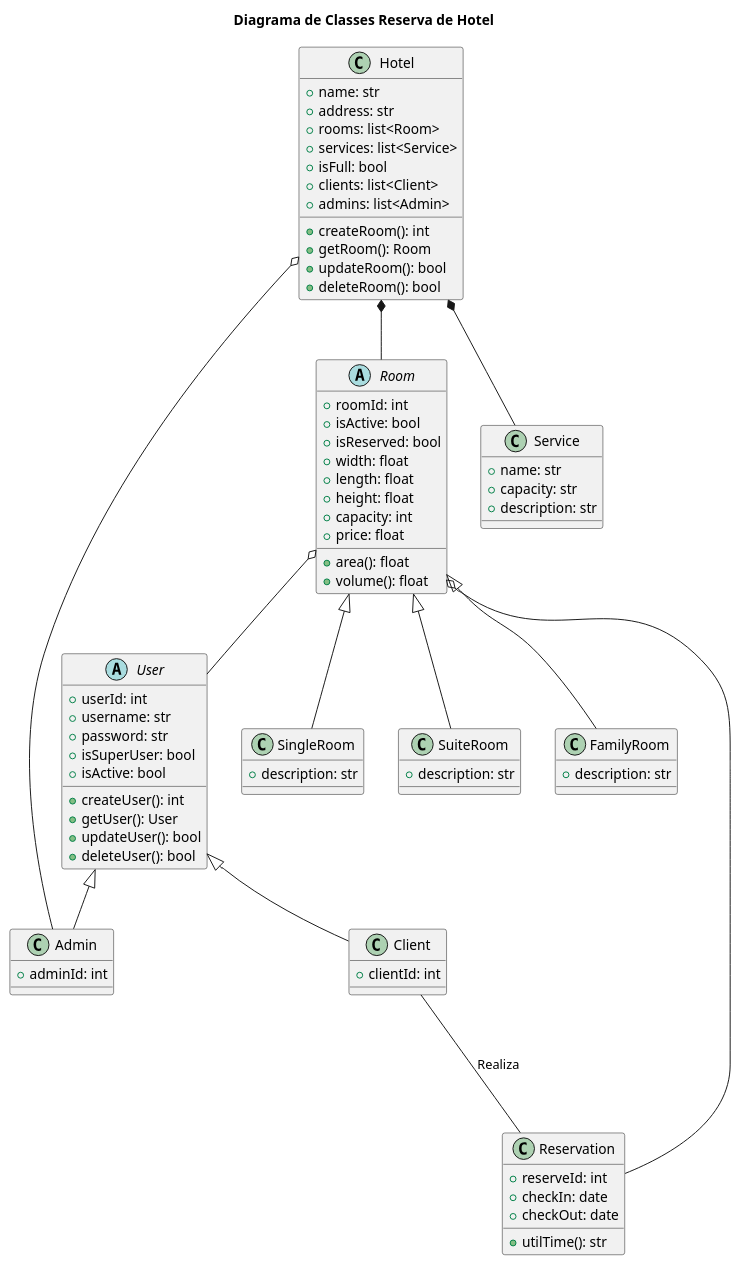
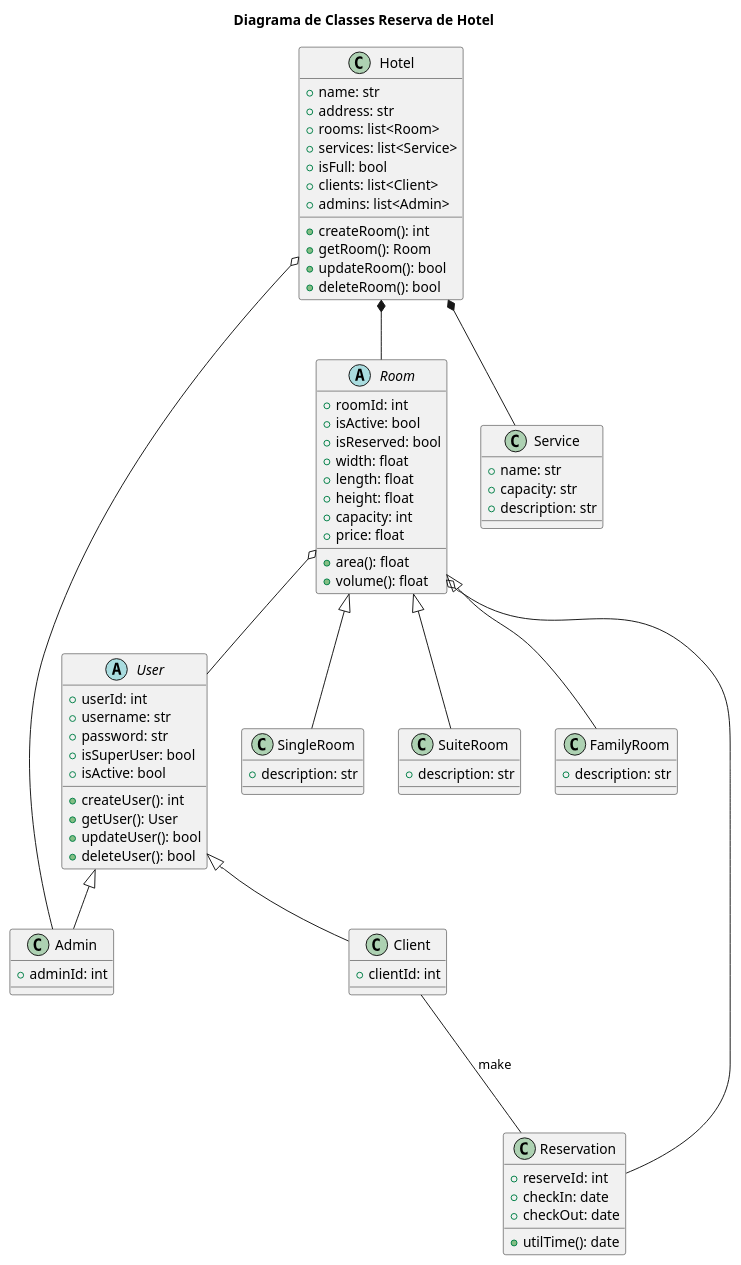
The diagram in diagrama_de_classes.iuml (azmovi/reserva-de-hotel), drawn with PlantUML before and after one commit. The commit also changed 1 other file, not shown here.

```diff
--- a/diagrama_de_classes.iuml
+++ b/diagrama_de_classes.iuml
@@ -1,100 +1,98 @@
 @startuml
 
 title Diagrama de Classes Reserva de Hotel
 
 abstract class User {
     +userId: int 
     +username: str
     +password: str
     +isSuperUser: bool 
     +isActive: bool 
 
     +createUser(): int
     +getUser(): User
     +updateUser(): bool
     +deleteUser(): bool
 }
 
 class Client{
     +clientId: int
 }
 
 class Admin {
     +adminId: int
 }
 
 class Hotel {
     +name: str
     +address: str
     +rooms: list<Room>
     +services: list<Service>
     +isFull: bool
     +clients: list<Client>
     +admins: list<Admin>
 
     +createRoom(): int
     +getRoom(): Room
     +updateRoom(): bool
     +deleteRoom(): bool
-    
 }
 
 abstract class Room{
     +roomId: int
     +isActive: bool
     +isReserved: bool
     +width: float
     +length: float
     +height: float
     +capacity: int
     +price: float
 
     +area(): float
     +volume(): float
 }
 
 class SingleRoom {
     +description: str
 }
 
 class SuiteRoom{
     +description: str
 }
 
 class FamilyRoom{
     +description: str
 }
 
-
 class Service {
     +name: str
     +capacity: str
     +description: str
 
 }
 
 class Reservation {
     +reserveId: int
     +checkIn: date
     +checkOut: date
 
-    +utilTime(): str
+    +utilTime(): date
 }
 
 Room <|-- SuiteRoom
 Room <|-- SingleRoom
 Room <|-- FamilyRoom
 Room  o-- User
 Room  o-- Reservation
 
 Hotel *-- Room
 Hotel *-- Service
 Hotel o-- Admin
 
 
 User <|-- Client
 User <|-- Admin
 
-Client --- Reservation: Realiza
+Client --- Reservation: make
 
 @enduml
```
